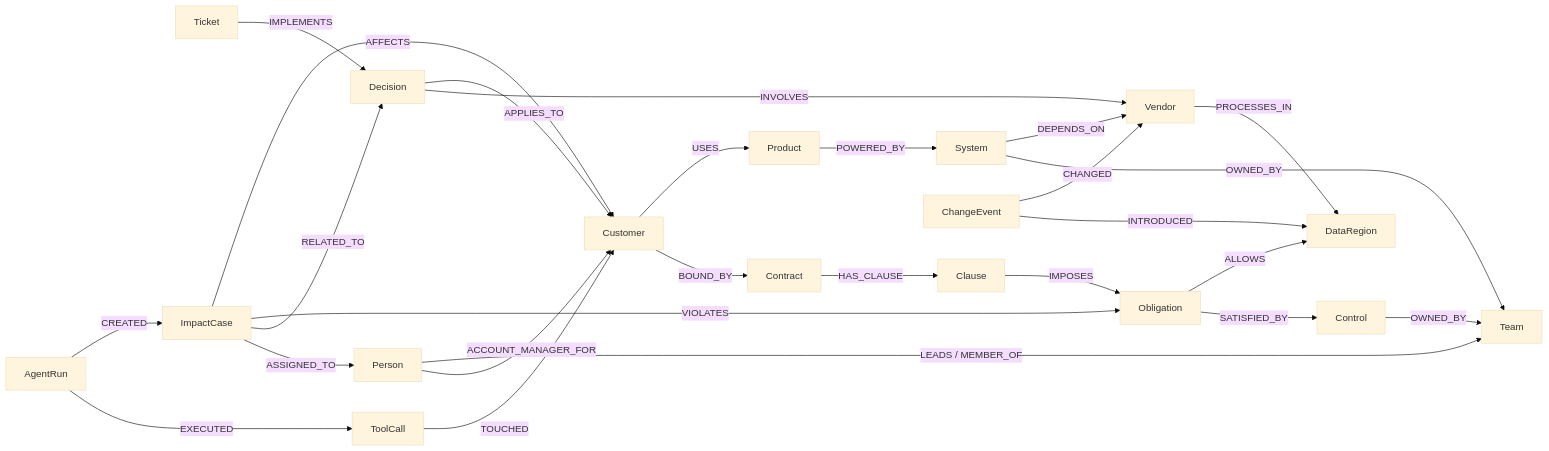
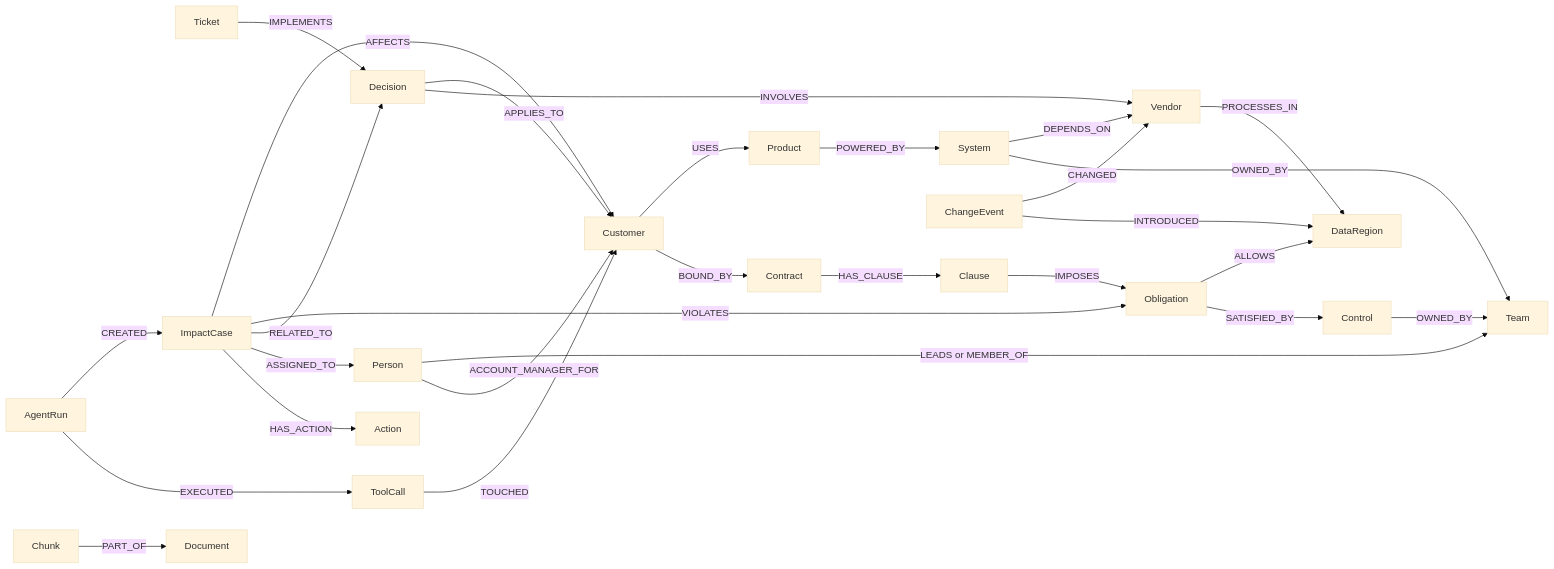
One commit to bilal-feroz/ClauseRipple changed the diagram in README.md. Above: the diagram before and after it, drawn with Mermaid (base theme). The commit also changed other lines of this file and 9 other files, not shown here.

````diff
--- a/README.md
+++ b/README.md
@@ -165,20 +146,30 @@
 ```mermaid
 graph LR
-  Customer -->|USES| Product -->|POWERED_BY| System -->|DEPENDS_ON| Vendor -->|PROCESSES_IN| DataRegion
-  Customer -->|BOUND_BY| Contract -->|HAS_CLAUSE| Clause -->|IMPOSES| Obligation -->|ALLOWS| DataRegion
-  Obligation -->|SATISFIED_BY| Control -->|OWNED_BY| Team
+  Customer -->|USES| Product
+  Product -->|POWERED_BY| System
+  System -->|DEPENDS_ON| Vendor
+  Vendor -->|PROCESSES_IN| DataRegion
+  Customer -->|BOUND_BY| Contract
+  Contract -->|HAS_CLAUSE| Clause
+  Clause -->|IMPOSES| Obligation
+  Obligation -->|ALLOWS| DataRegion
+  Obligation -->|SATISFIED_BY| Control
+  Control -->|OWNED_BY| Team
   System -->|OWNED_BY| Team
-  Person -->|LEADS / MEMBER_OF| Team
+  Person -->|LEADS or MEMBER_OF| Team
   Person -->|ACCOUNT_MANAGER_FOR| Customer
   Decision -->|APPLIES_TO| Customer
   Decision -->|INVOLVES| Vendor
   Ticket -->|IMPLEMENTS| Decision
   ChangeEvent -->|CHANGED| Vendor
   ChangeEvent -->|INTRODUCED| DataRegion
   ImpactCase -->|AFFECTS| Customer
   ImpactCase -->|VIOLATES| Obligation
   ImpactCase -->|RELATED_TO| Decision
   ImpactCase -->|ASSIGNED_TO| Person
+  ImpactCase -->|HAS_ACTION| Action
   AgentRun -->|CREATED| ImpactCase
-  AgentRun -->|EXECUTED| ToolCall -->|TOUCHED| Customer
+  AgentRun -->|EXECUTED| ToolCall
+  ToolCall -->|TOUCHED| Customer
+  Chunk -->|PART_OF| Document
 ```
````
